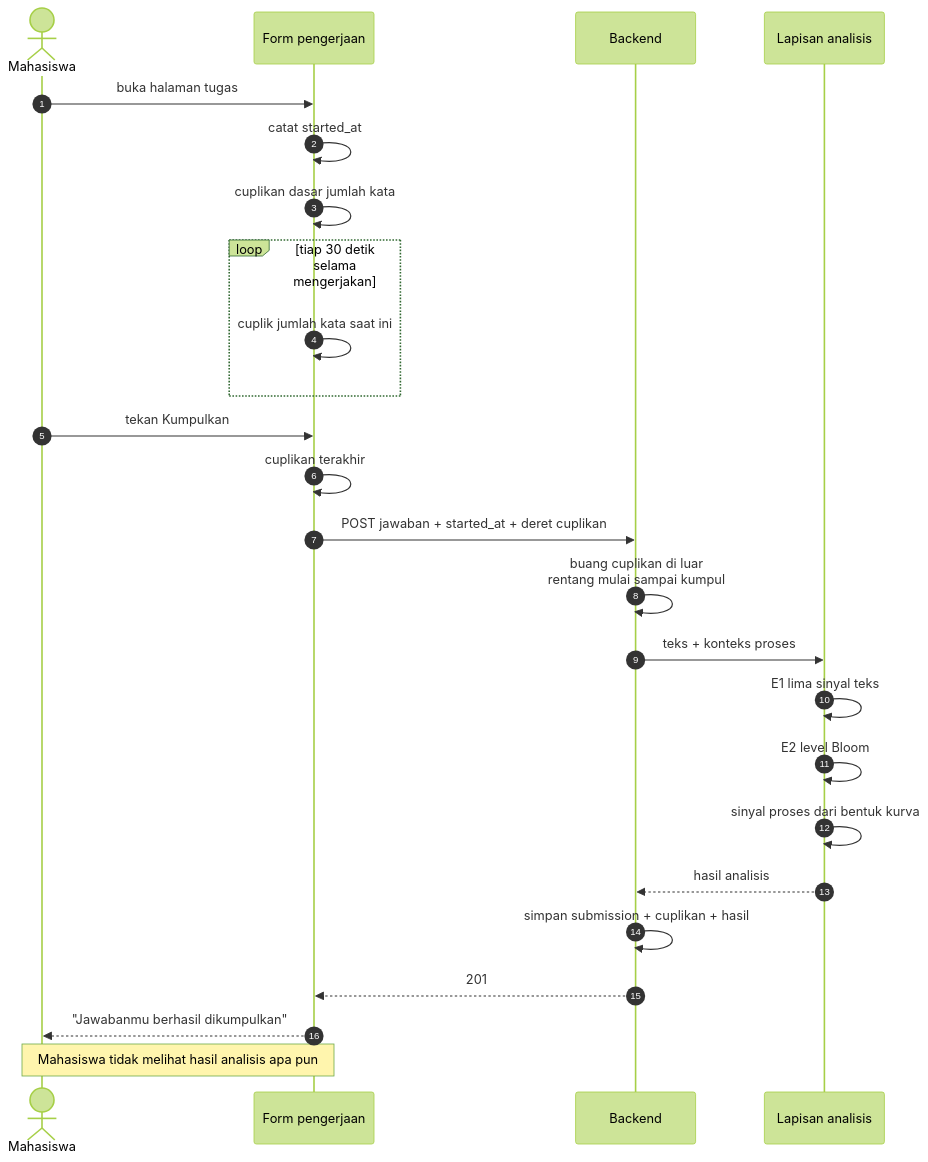
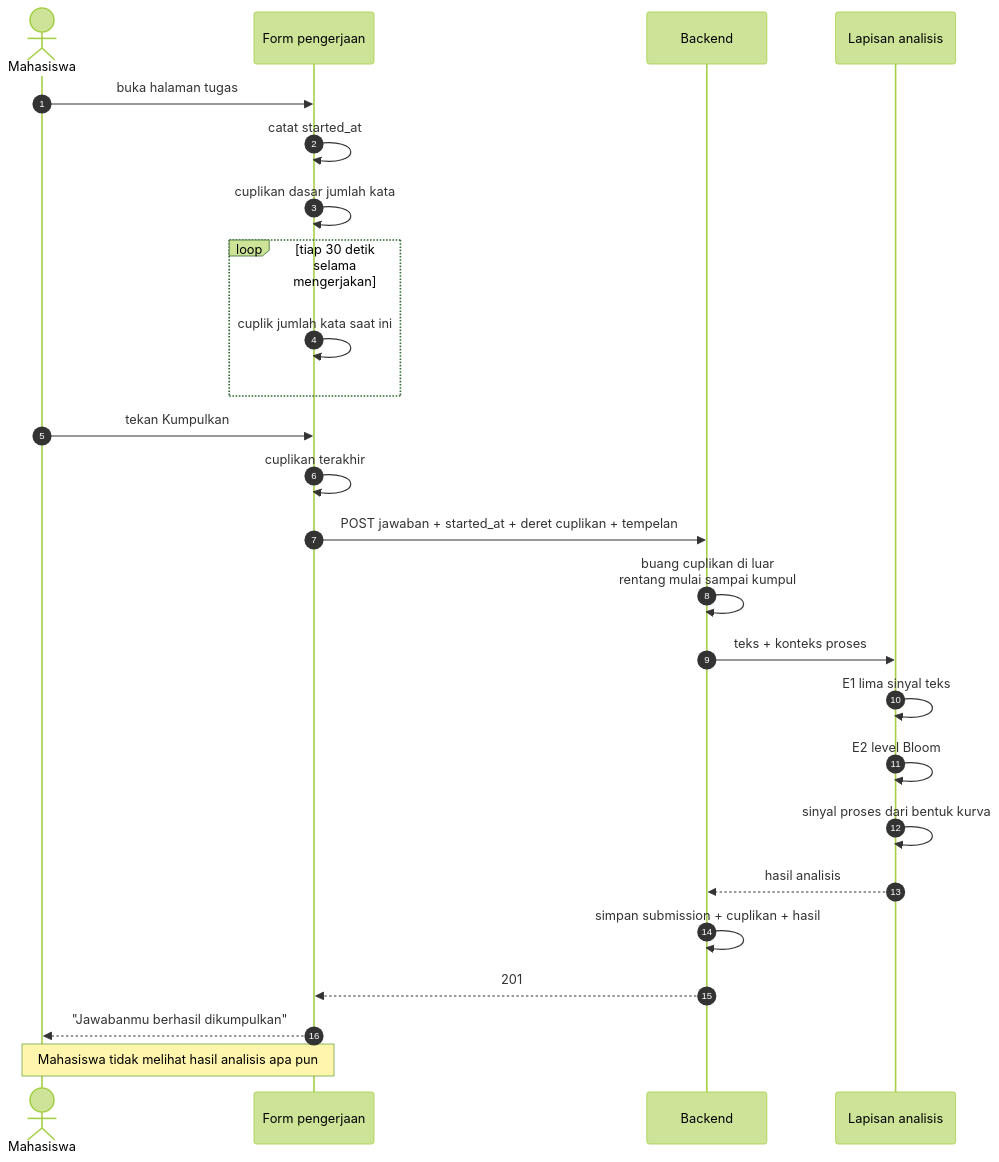
One commit to FadhRach/ThinkPath changed the third of 5 diagrams in diagram/03-alur-mahasiswa.md. Above: the diagram before and after it, drawn with Mermaid (forest theme). The commit also changed other lines of this file and 13 other files, not shown here.

````diff
--- a/diagram/03-alur-mahasiswa.md
+++ b/diagram/03-alur-mahasiswa.md
@@ -79,32 +79,32 @@
 ```mermaid
 sequenceDiagram
     autonumber
     actor MH as Mahasiswa
     participant F as Form pengerjaan
     participant API as Backend
     participant AN as Lapisan analisis
 
     MH->>F: buka halaman tugas
     F->>F: catat started_at
     F->>F: cuplikan dasar jumlah kata
 
     loop tiap 30 detik selama mengerjakan
         F->>F: cuplik jumlah kata saat ini
     end
 
     MH->>F: tekan Kumpulkan
     F->>F: cuplikan terakhir
-    F->>API: POST jawaban + started_at + deret cuplikan
+    F->>API: POST jawaban + started_at + deret cuplikan + tempelan
 
     API->>API: buang cuplikan di luar<br/>rentang mulai sampai kumpul
     API->>AN: teks + konteks proses
     AN->>AN: E1 lima sinyal teks
     AN->>AN: E2 level Bloom
     AN->>AN: sinyal proses dari bentuk kurva
     AN-->>API: hasil analisis
     API->>API: simpan submission + cuplikan + hasil
     API-->>F: 201
     F-->>MH: "Jawabanmu berhasil dikumpulkan"
 
     Note over MH,F: Mahasiswa tidak melihat hasil analisis apa pun
 ```
````
